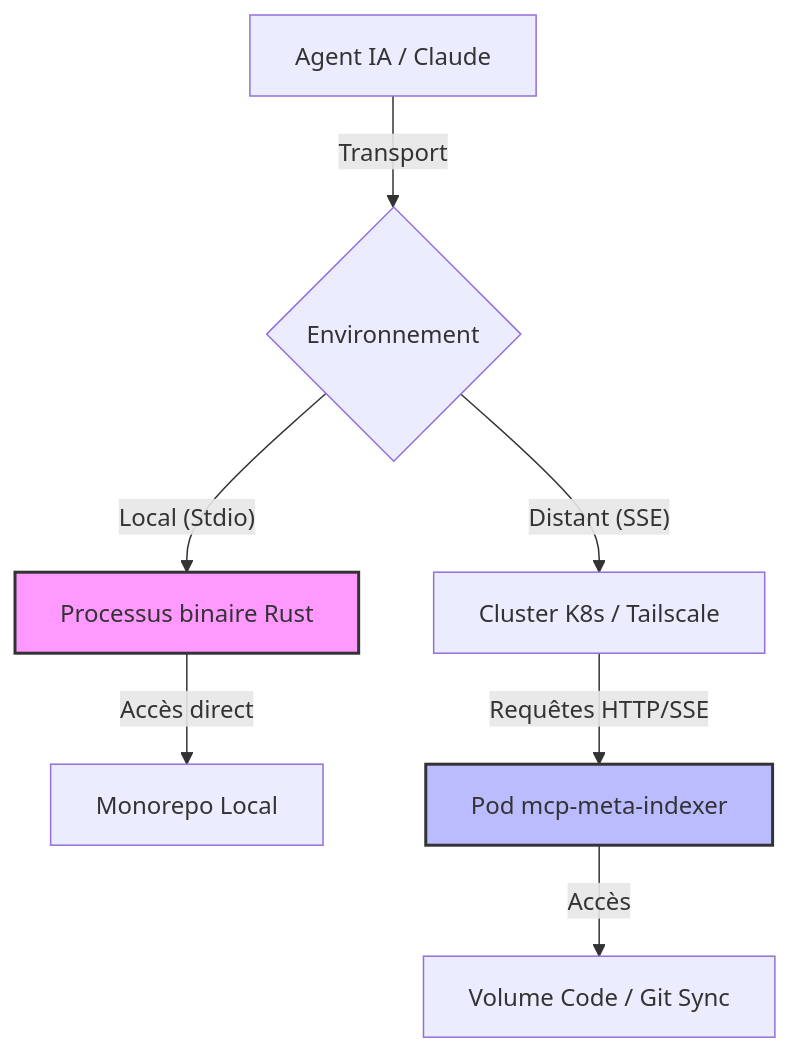
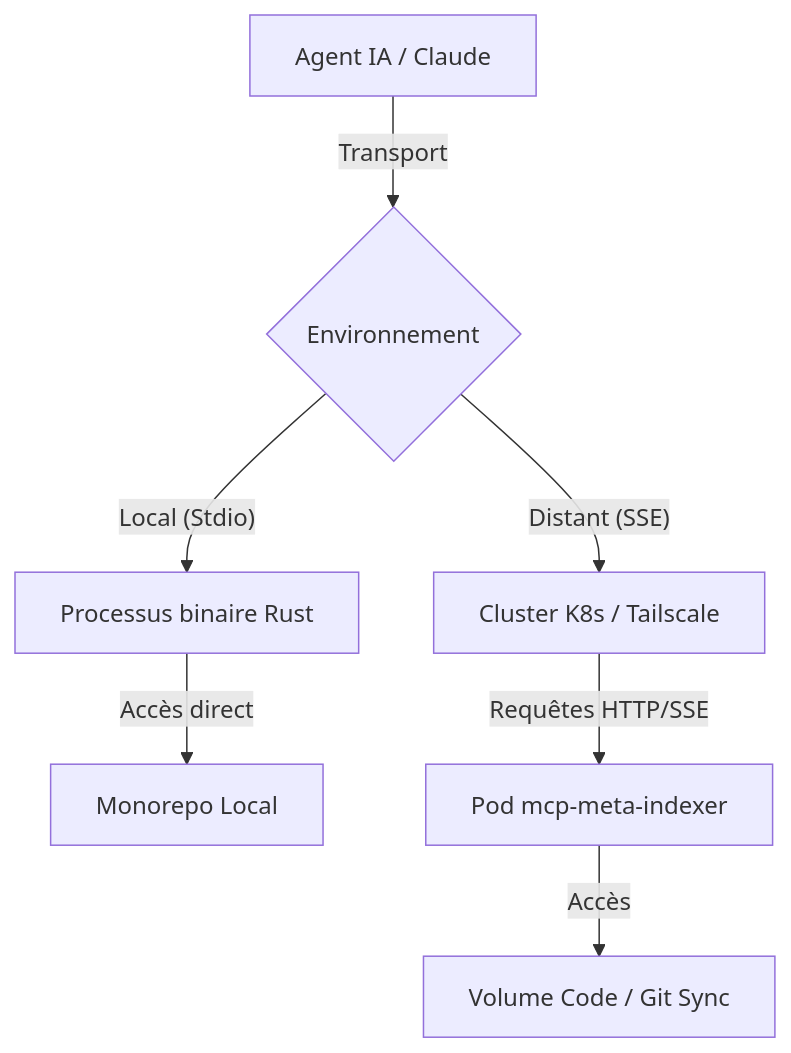
The first of 4 diagrams in README.md (Volontariapp/mcp-meta-indexer), drawn with Mermaid before and after one commit. The commit also changed other lines of this file, not shown here.

Commit message:
docs: improve architecture diagrams

````diff
--- a/README.md
+++ b/README.md
@@ -12,14 +12,11 @@
 ```mermaid
 graph TD
     A["Agent IA / Claude"] -->|Transport| B{"Environnement"}
     
     B -->|"Local (Stdio)"| C["Processus binaire Rust"]
     C -->|"Accès direct"| D["Monorepo Local"]
     
     B -->|"Distant (SSE)"| E["Cluster K8s / Tailscale"]
     E -->|"Requêtes HTTP/SSE"| F["Pod mcp-meta-indexer"]
     F -->|Accès| G["Volume Code / Git Sync"]
-    
-    style C fill:#f9f,stroke:#333,stroke-width:2px
-    style F fill:#bbf,stroke:#333,stroke-width:2px
 ```
````
